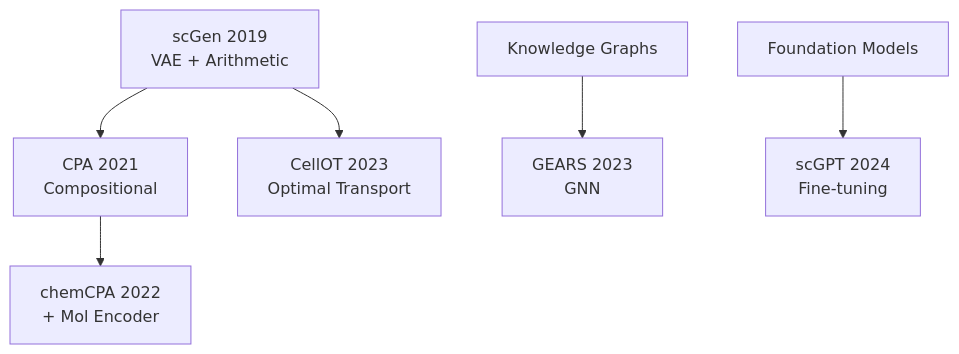
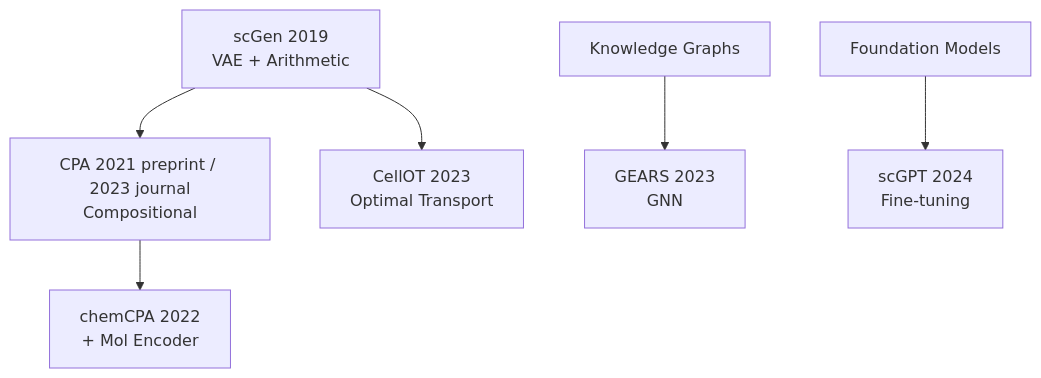
One commit to Landau1994/awesome_AIVC changed the first of 2 diagrams in 03_Models/Index - Models.md. Above: the diagram before and after it, drawn with Mermaid. The commit also changed other lines of this file and 168 other files, not shown here.

````diff
--- a/03_Models/Index - Models.md
+++ b/03_Models/Index - Models.md
@@ -92,8 +94,8 @@
 ```mermaid
 graph TD
-    A[scGen 2019<br>VAE + Arithmetic] --> B[CPA 2021<br>Compositional]
+    A[scGen 2019<br>VAE + Arithmetic] --> B[CPA 2021 preprint / 2023 journal<br>Compositional]
     B --> C[chemCPA 2022<br>+ Mol Encoder]
     A --> D[CellOT 2023<br>Optimal Transport]
     E[Knowledge Graphs] --> F[GEARS 2023<br>GNN]
     G[Foundation Models] --> H[scGPT 2024<br>Fine-tuning]
 ```
````
